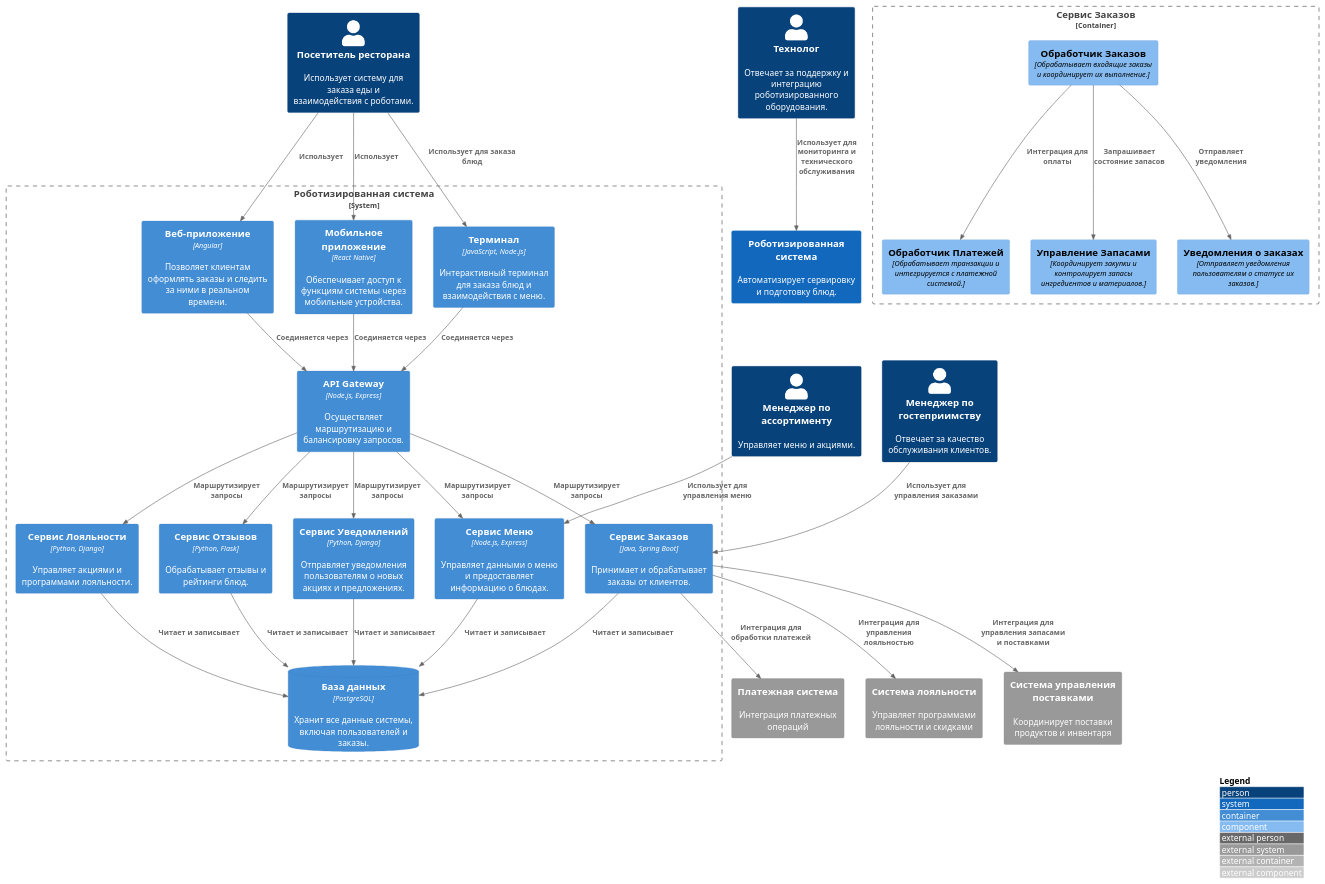
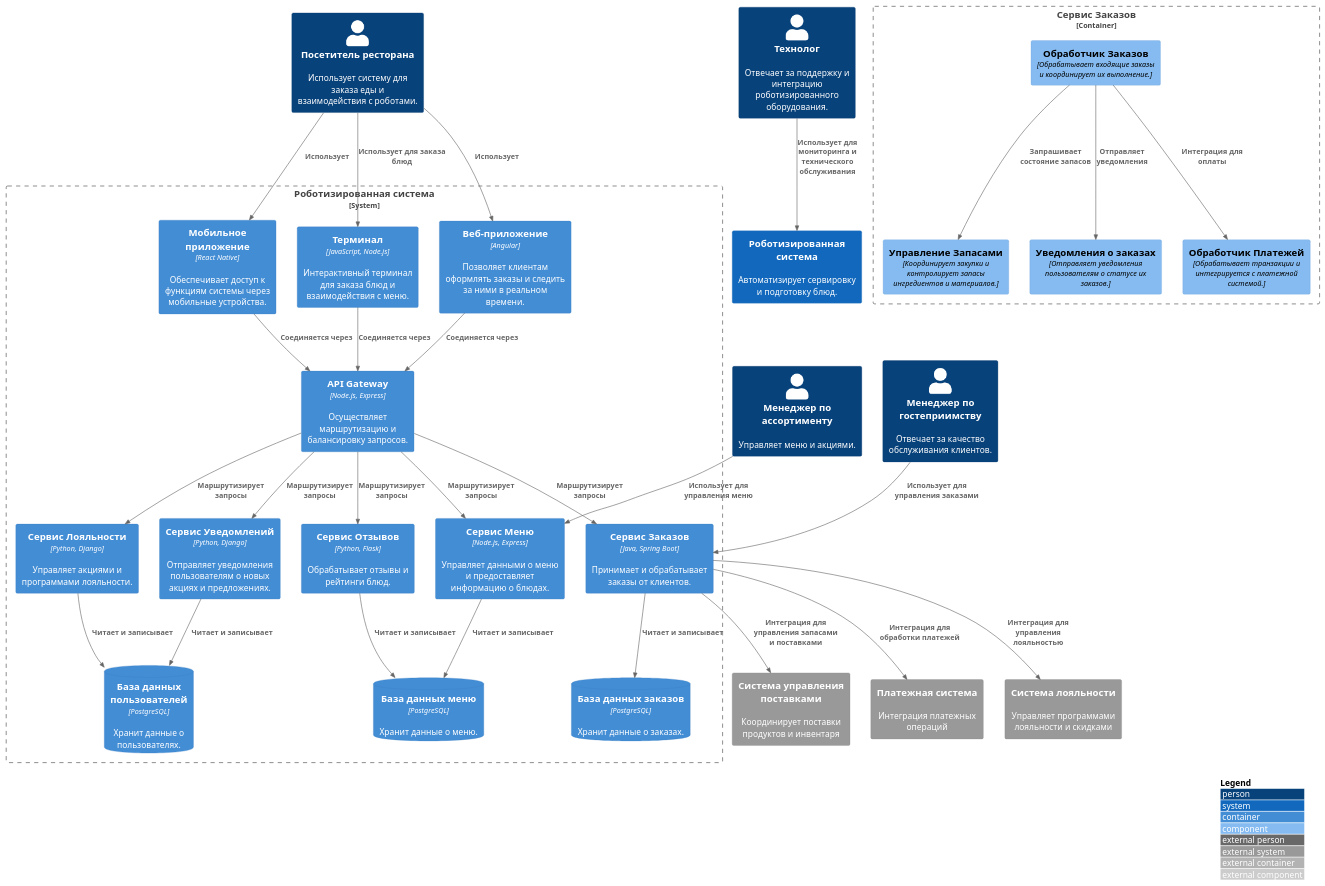
One commit to mariashapoval/Otus changed the diagram in docs/diagrams/src/c4.puml. Above: the diagram before and after it, drawn with PlantUML.

```diff
--- a/docs/diagrams/src/c4.puml
+++ b/docs/diagrams/src/c4.puml
@@ -2,73 +2,75 @@
 @startuml Detailed_C4_Model
 
 !include <C4/C4_Context.puml>
 !include <C4/C4_Container.puml>
 !include <C4/C4_Component.puml>
 
 ' Контекстная диаграмма
 LAYOUT_WITH_LEGEND()
 
 Person(visitor, "Посетитель ресторана", "Использует систему для заказа еды и взаимодействия с роботами.")
 Person(hospManager, "Менеджер по гостеприимству", "Отвечает за качество обслуживания клиентов.")
 Person(assortmentManager, "Менеджер по ассортименту", "Управляет меню и акциями.")
 Person(technologist, "Технолог", "Отвечает за поддержку и интеграцию роботизированного оборудования.")
 
 System(robotics, "Роботизированная система", "Автоматизирует сервировку и подготовку блюд.")
 System_Ext(paymentGateway, "Платежная система", "Интеграция платежных операций")
 System_Ext(loyaltySystem, "Система лояльности", "Управляет программами лояльности и скидками")
 System_Ext(supplyChainSystem, "Система управления поставками", "Координирует поставки продуктов и инвентаря")
 
 ' Контейнерная диаграмма
 System_Boundary(c2, "Роботизированная система") {
     Container(webApp, "Веб-приложение", "Angular", "Позволяет клиентам оформлять заказы и следить за ними в реальном времени.")
     Container(mobileApp, "Мобильное приложение", "React Native", "Обеспечивает доступ к функциям системы через мобильные устройства.")
     Container(apiGateway, "API Gateway", "Node.js, Express", "Осуществляет маршрутизацию и балансировку запросов.")
     Container(orderService, "Сервис Заказов", "Java, Spring Boot", "Принимает и обрабатывает заказы от клиентов.")
     Container(loyaltyService, "Сервис Лояльности", "Python, Django", "Управляет акциями и программами лояльности.")
     Container(reviewService, "Сервис Отзывов", "Python, Flask", "Обрабатывает отзывы и рейтинги блюд.")
-    ContainerDb(db, "База данных", "PostgreSQL", "Хранит все данные системы, включая пользователей и заказы.")
+    ContainerDb(dbOrder, "База данных заказов", "PostgreSQL", "Хранит данные о заказах.")
+    ContainerDb(dbUser, "База данных пользователей", "PostgreSQL", "Хранит данные о пользователях.")
+    ContainerDb(dbMenu, "База данных меню", "PostgreSQL", "Хранит данные о меню.")
     Container(terminal, "Терминал", "JavaScript, Node.js", "Интерактивный терминал для заказа блюд и взаимодействия с меню.")
     Container(menuService, "Сервис Меню", "Node.js, Express", "Управляет данными о меню и предоставляет информацию о блюдах.")
     Container(notificationService, "Сервис Уведомлений", "Python, Django", "Отправляет уведомления пользователям о новых акциях и предложениях.")
 
     Rel(visitor, webApp, "Использует")
     Rel(visitor, mobileApp, "Использует")
     Rel(visitor, terminal, "Использует для заказа блюд")
     Rel(webApp, apiGateway, "Соединяется через")
     Rel(mobileApp, apiGateway, "Соединяется через")
     Rel(terminal, apiGateway, "Соединяется через")
     Rel(apiGateway, orderService, "Маршрутизирует запросы")
     Rel(apiGateway, loyaltyService, "Маршрутизирует запросы")
     Rel(apiGateway, reviewService, "Маршрутизирует запросы")
     Rel(apiGateway, menuService, "Маршрутизирует запросы")
     Rel(apiGateway, notificationService, "Маршрутизирует запросы")
-    Rel(orderService, db, "Читает и записывает")
-    Rel(loyaltyService, db, "Читает и записывает")
-    Rel(reviewService, db, "Читает и записывает")
-    Rel(menuService, db, "Читает и записывает")
-    Rel(notificationService, db, "Читает и записывает")
+    Rel(orderService, dbOrder, "Читает и записывает")
+    Rel(loyaltyService, dbUser, "Читает и записывает")
+    Rel(reviewService, dbMenu, "Читает и записывает")
+    Rel(menuService, dbMenu, "Читает и записывает")
+    Rel(notificationService, dbUser, "Читает и записывает")
 }
 
 ' Компонентная диаграмма
 Container_Boundary(c3, "Сервис Заказов") {
     Component(orderProcessing, "Обработчик Заказов", "Обрабатывает входящие заказы и координирует их выполнение.")
     Component(paymentProcessing, "Обработчик Платежей", "Обрабатывает транзакции и интегрируется с платежной системой.")
     Component(inventoryManagement, "Управление Запасами", "Координирует закупки и контролирует запасы ингредиентов и материалов.")
     Component(orderNotification, "Уведомления о заказах", "Отправляет уведомления пользователям о статусе их заказов.")
 
     Rel(orderProcessing, paymentProcessing, "Интеграция для оплаты")
     Rel(orderProcessing, inventoryManagement, "Запрашивает состояние запасов")
     Rel(orderProcessing, orderNotification, "Отправляет уведомления")
 }
 
 ' Связи между системами и пользователями
 Rel_D(hospManager, orderService, "Использует для управления заказами")
 Rel_D(assortmentManager, menuService, "Использует для управления меню")
 Rel_D(technologist, robotics, "Использует для мониторинга и технического обслуживания")
 
 ' Внешние интеграции
 Rel_D(orderService, paymentGateway, "Интеграция для обработки платежей")
 Rel_D(orderService, loyaltySystem, "Интеграция для управления лояльностью")
 Rel_D(orderService, supplyChainSystem, "Интеграция для управления запасами и поставками")
 
 @enduml
```
